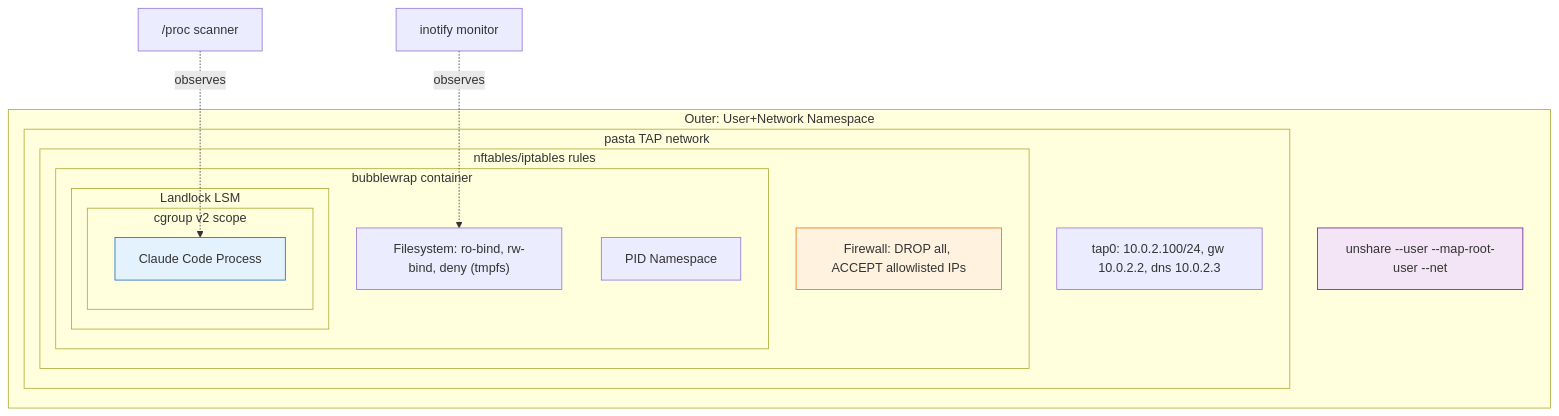
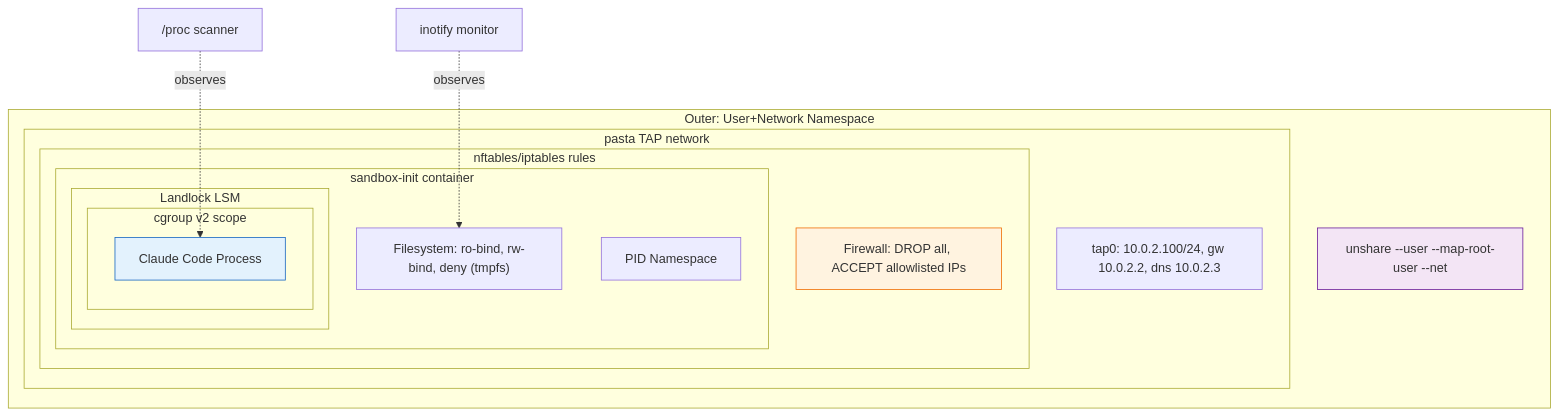
The fourth of 6 diagrams in docs/ARCHITECTURE.md (lexicone42/gleisner), drawn with Mermaid before and after one commit. The commit also changed other lines of this file and 31 other files, not shown here.

````diff
--- a/docs/ARCHITECTURE.md
+++ b/docs/ARCHITECTURE.md
@@ -419,28 +419,28 @@
 ```mermaid
 graph TB
     subgraph "Outer: User+Network Namespace"
         subgraph "pasta TAP network"
             subgraph "nftables/iptables rules"
-                subgraph "bubblewrap container"
+                subgraph "sandbox-init container"
                     subgraph "Landlock LSM"
                         subgraph "cgroup v2 scope"
                             CC["Claude Code Process"]
                         end
                     end
                     FS["Filesystem: ro-bind, rw-bind, deny (tmpfs)"]
                     PID["PID Namespace"]
                 end
                 FW["Firewall: DROP all, ACCEPT allowlisted IPs"]
             end
             TAP["tap0: 10.0.2.100/24, gw 10.0.2.2, dns 10.0.2.3"]
         end
         NS["unshare --user --map-root-user --net"]
     end
 
     INO["inotify monitor"] -.->|observes| FS
     PROC["/proc scanner"] -.->|observes| CC
 
     style CC fill:#e3f2fd,stroke:#1565c0
     style FW fill:#fff3e0,stroke:#ef6c00
     style NS fill:#f3e5f5,stroke:#6a1b9a
 ```
````
